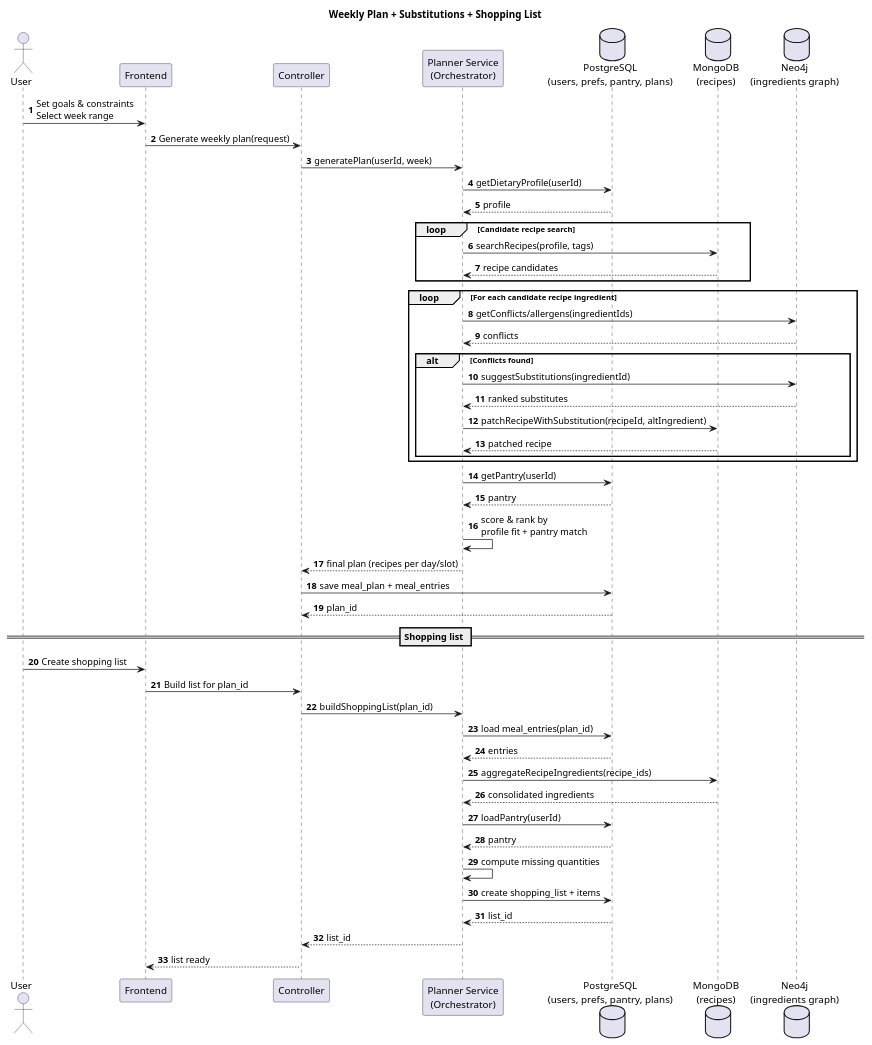
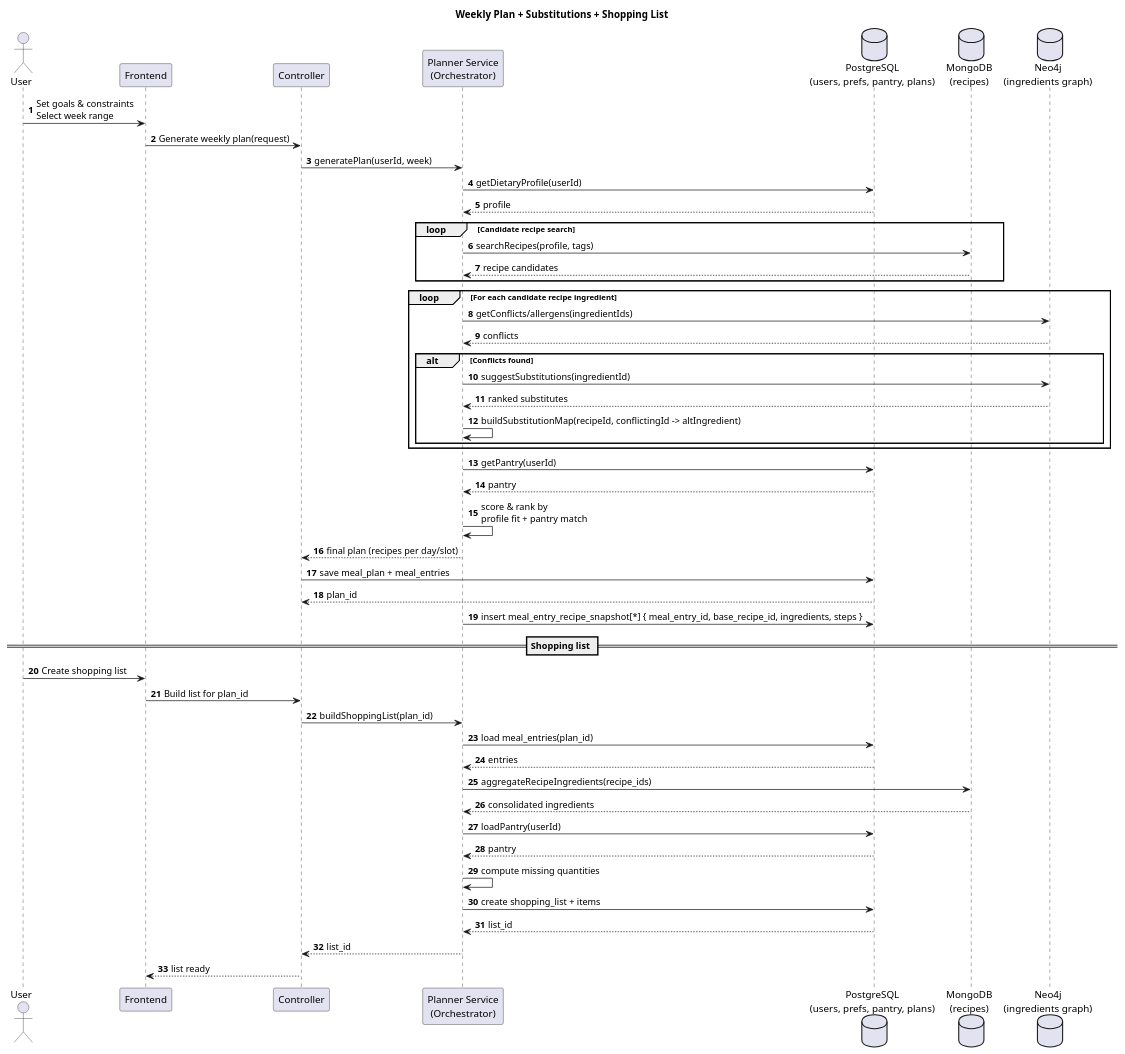
Before and after one commit to ErlisaLokaj/SmartMeal: the diagram in diagram/WeekPlanSubstitutionsShoppingList.puml, drawn with PlantUML. The commit also changed 2 other files, not shown here.

Commit message:
Fix some mistakes on diagram

```diff
--- a/diagram/WeekPlanSubstitutionsShoppingList.puml
+++ b/diagram/WeekPlanSubstitutionsShoppingList.puml
@@ -1,64 +1,66 @@
-@startuml
+@startuml Weekly Plan + Substitutions + Shopping List
 title Weekly Plan + Substitutions + Shopping List
 
 autonumber
 actor User
 participant "Frontend" as FE
 participant "Controller" as C
 participant "Planner Service\n(Orchestrator)" as S
 database "PostgreSQL\n(users, prefs, pantry, plans)" as PG
 database "MongoDB\n(recipes)" as MG
 database "Neo4j\n(ingredients graph)" as NJ
 
 User -> FE: Set goals & constraints\nSelect week range
 FE -> C: Generate weekly plan(request)
 C -> S: generatePlan(userId, week)
 
 S -> PG: getDietaryProfile(userId)
 PG --> S: profile
 
 loop Candidate recipe search
   S -> MG: searchRecipes(profile, tags)
   MG --> S: recipe candidates
 end
 
 loop For each candidate recipe ingredient
   S -> NJ: getConflicts/allergens(ingredientIds)
   NJ --> S: conflicts
   alt Conflicts found
     S -> NJ: suggestSubstitutions(ingredientId)
     NJ --> S: ranked substitutes
-    S -> MG: patchRecipeWithSubstitution(recipeId, altIngredient)
-    MG --> S: patched recipe
+    S -> S: buildSubstitutionMap(recipeId, conflictingId -> altIngredient)
   end
 end
 
 S -> PG: getPantry(userId)
 PG --> S: pantry
 
 S -> S: score & rank by\nprofile fit + pantry match
 S --> C: final plan (recipes per day/slot)
 
 C -> PG: save meal_plan + meal_entries
 PG --> C: plan_id
+
+' NEW: persist resolved recipe snapshots for each entry
+S -> PG: insert meal_entry_recipe_snapshot[*] { meal_entry_id, base_recipe_id, ingredients, steps }
 
 == Shopping list ==
 User -> FE: Create shopping list
 FE -> C: Build list for plan_id
 C -> S: buildShoppingList(plan_id)
 
 S -> PG: load meal_entries(plan_id)
 PG --> S: entries
 S -> MG: aggregateRecipeIngredients(recipe_ids)
 MG --> S: consolidated ingredients
 
 S -> PG: loadPantry(userId)
 PG --> S: pantry
 
 S -> S: compute missing quantities
 S -> PG: create shopping_list + items
 PG --> S: list_id
 S --> C: list_id
 C --> FE: list ready
 
 @enduml
```
